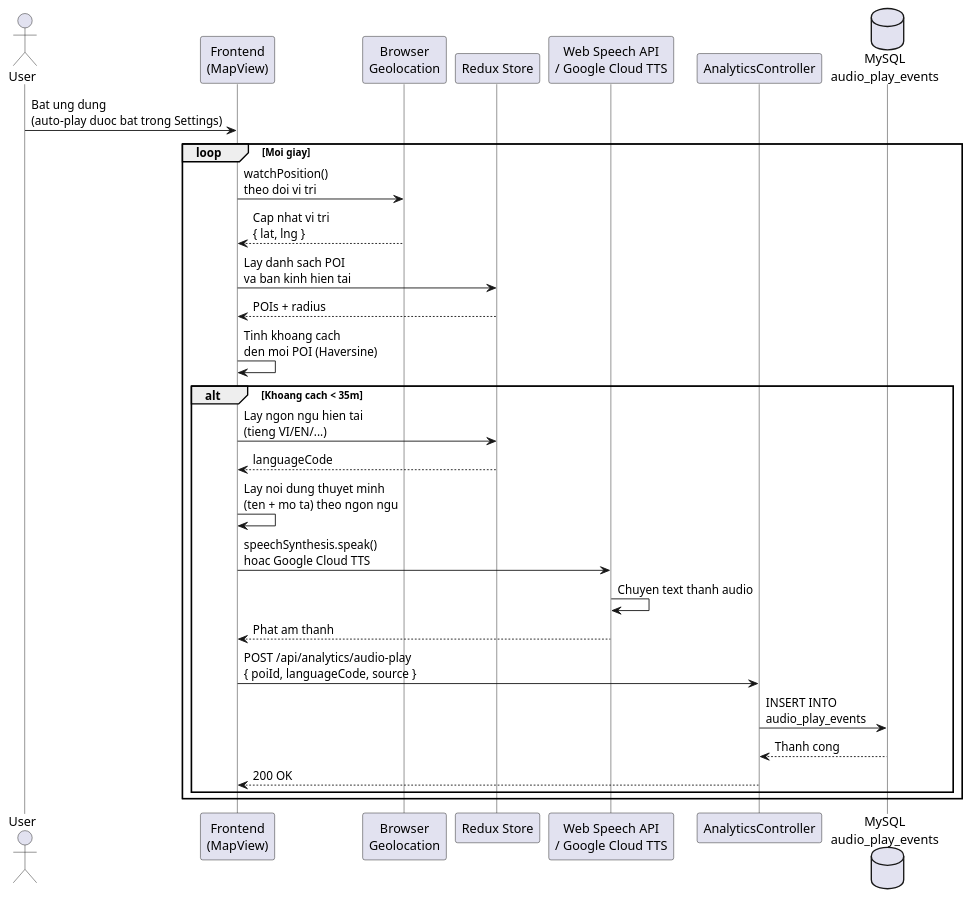
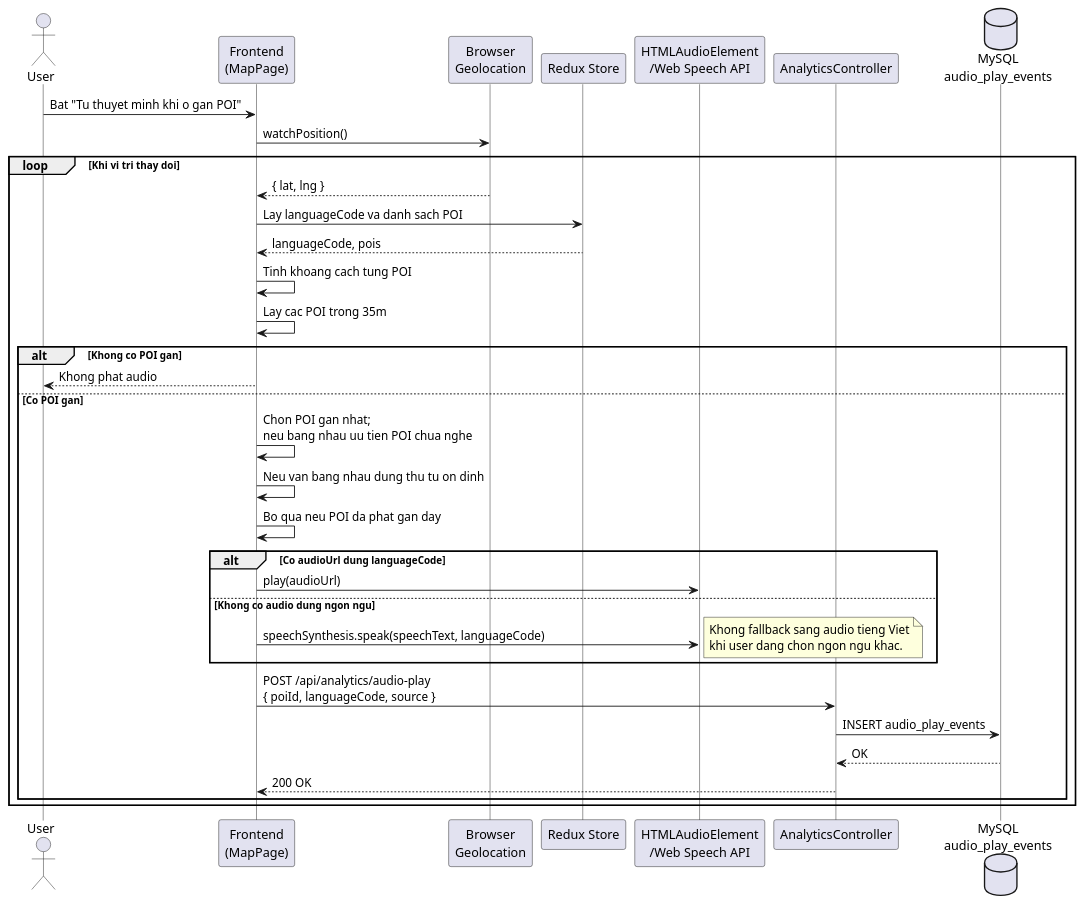
The diagram in Đặc tả wed/sequence_20_auto_play_tts.puml (MinhMafia/DiDuDuaDi), drawn with PlantUML before and after one commit. The commit also changed 42 other files, not shown here.

```diff
--- a/Đặc tả wed/sequence_20_auto_play_tts.puml
+++ b/Đặc tả wed/sequence_20_auto_play_tts.puml
@@ -1,43 +1,49 @@
 @startuml sequence_20_auto_play_tts
 skinparam backgroundColor White
 skinparam sequenceFontSize 11
 skinparam sequenceFontName "Times New Roman"
 skinparam lifelineStrategy nosolid
 
 actor User
-participant "Frontend\n(MapView)" as FE
+participant "Frontend\n(MapPage)" as FE
 participant "Browser\nGeolocation" as GPS
 participant "Redux Store" as Store
-participant "Web Speech API\n/ Google Cloud TTS" as TTS
+participant "HTMLAudioElement\n/Web Speech API" as Audio
 participant "AnalyticsController" as Ctrl
 database "MySQL\naudio_play_events" as DB
 
-User -> FE: Bat ung dung\n(auto-play duoc bat trong Settings)
+User -> FE: Bat "Tu thuyet minh khi o gan POI"
+FE -> GPS: watchPosition()
 
-loop Moi giay
-  FE -> GPS: watchPosition()\ntheo doi vi tri
-  GPS --> FE: Cap nhat vi tri\n{ lat, lng }
-  
-  FE -> Store: Lay danh sach POI\nva ban kinh hien tai
-  Store --> FE: POIs + radius
-  
-  FE -> FE: Tinh khoang cach\nden moi POI (Haversine)
-  
-  alt Khoang cach < 35m
-    FE -> Store: Lay ngon ngu hien tai\n(tieng VI/EN/...)
-    Store --> FE: languageCode
-    
-    FE -> FE: Lay noi dung thuyet minh\n(ten + mo ta) theo ngon ngu
-    
-    FE -> TTS: speechSynthesis.speak()\nhoac Google Cloud TTS
-    TTS -> TTS: Chuyen text thanh audio
-    TTS --> FE: Phat am thanh
-    
+loop Khi vi tri thay doi
+  GPS --> FE: { lat, lng }
+  FE -> Store: Lay languageCode va danh sach POI
+  Store --> FE: languageCode, pois
+  FE -> FE: Tinh khoang cach tung POI
+  FE -> FE: Lay cac POI trong 35m
+
+  alt Khong co POI gan
+    FE --> User: Khong phat audio
+  else Co POI gan
+    FE -> FE: Chon POI gan nhat;\nneu bang nhau uu tien POI chua nghe
+    FE -> FE: Neu van bang nhau dung thu tu on dinh
+    FE -> FE: Bo qua neu POI da phat gan day
+
+    alt Co audioUrl dung languageCode
+      FE -> Audio: play(audioUrl)
+    else Khong co audio dung ngon ngu
+      FE -> Audio: speechSynthesis.speak(speechText, languageCode)
+      note right
+        Khong fallback sang audio tieng Viet
+        khi user dang chon ngon ngu khac.
+      end note
+    end
+
     FE -> Ctrl: POST /api/analytics/audio-play\n{ poiId, languageCode, source }
-    Ctrl -> DB: INSERT INTO\naudio_play_events
-    DB --> Ctrl: Thanh cong
+    Ctrl -> DB: INSERT audio_play_events
+    DB --> Ctrl: OK
     Ctrl --> FE: 200 OK
   end
 end
 
 @enduml
```
